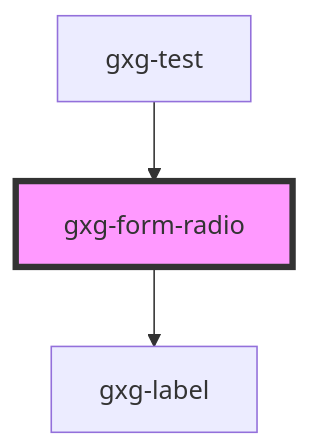
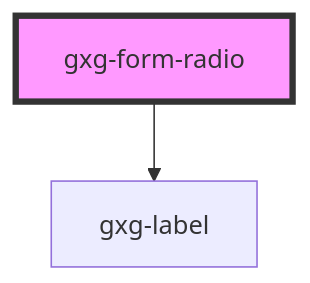
The diagram in src/components/form-radio/readme.md (genexuslabs/gemini), drawn with Mermaid before and after one commit. The commit also changed other lines of this file and 8 other files, not shown here.

````diff
--- a/src/components/form-radio/readme.md
+++ b/src/components/form-radio/readme.md
@@ -52,6 +48,5 @@
 ```mermaid
 graph TD;
   gxg-form-radio --> gxg-label
-  gxg-test --> gxg-form-radio
   style gxg-form-radio fill:#f9f,stroke:#333,stroke-width:4px
 ```
````
